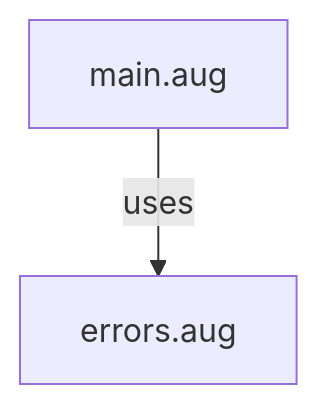
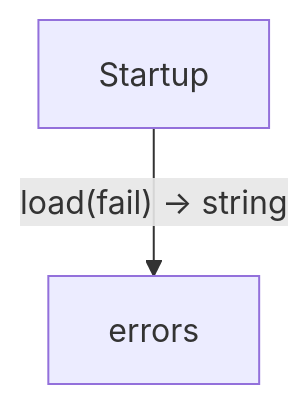
One commit to GreenPandaStudios/augscript changed the diagram in docs/examples/errors/diagrams/index.md. Above: the diagram before and after it, drawn with Mermaid. The commit also changed other lines of this file and 524 other files, not shown here.

Commit message:
Explain checked data flow at folder and service levels

````diff
--- a/docs/examples/errors/diagrams/index.md
+++ b/docs/examples/errors/diagrams/index.md
@@ -29,6 +19,6 @@
 ```mermaid
 flowchart TD
-    n0["errors.aug"]
-    n1["main.aug"]
-    n1 -->|"uses"| n0
+    n0["errors"]
+    n1["Startup"]
+    n1 -->|"load(fail) → string"| n0
 ```
````
